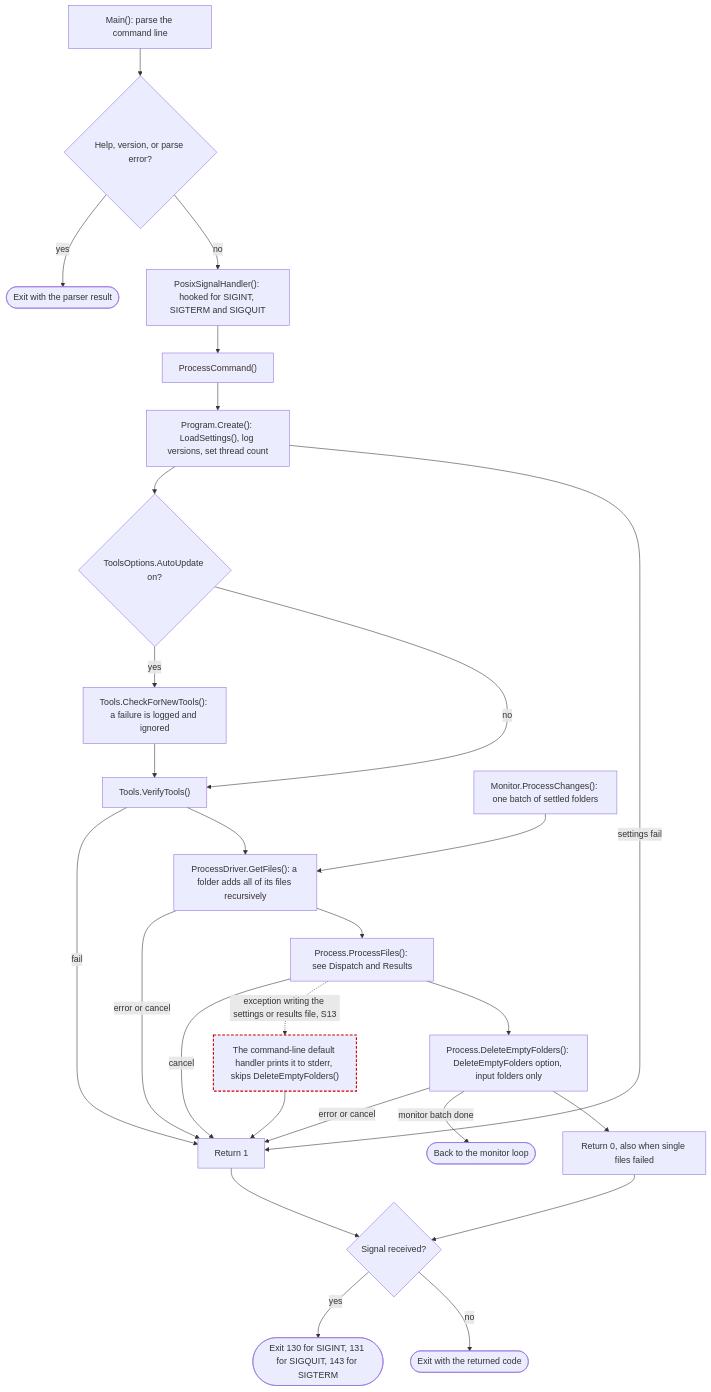
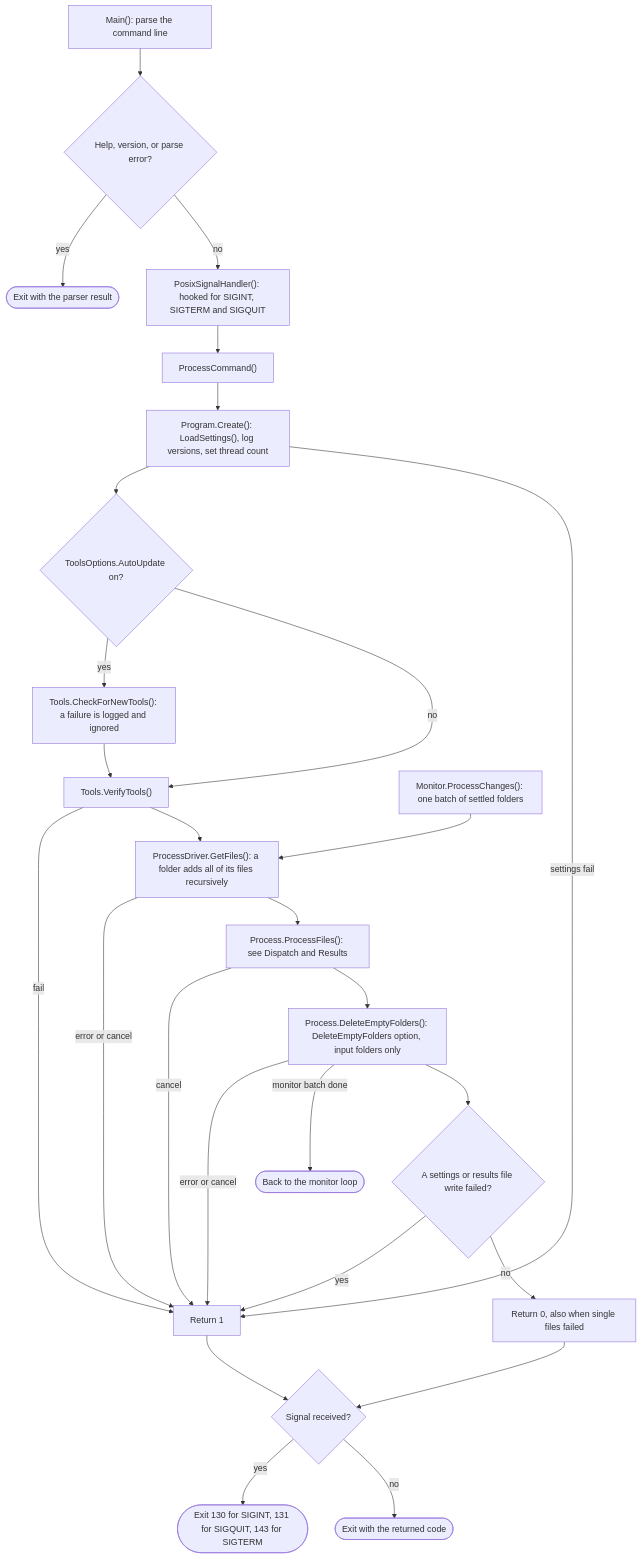
One commit to ptr727/PlexCleaner changed the first of 19 diagrams in ARCHITECTURE.md. Above: the diagram before and after it, drawn with Mermaid. The commit also changed other lines of this file, not shown here.

First line of the commit message:
Redraw Fixed Branches and Split Wide Charts in ARCHITECTURE.md

````diff
--- a/ARCHITECTURE.md
+++ b/ARCHITECTURE.md
@@ -227,30 +227,29 @@
 ```mermaid
 flowchart TD
   A["Main(): parse the command line"] --> A1{"Help, version, or parse error?"}
   A1 -->|yes| AX(["Exit with the parser result"])
   A1 -->|no| A2["PosixSignalHandler(): hooked for SIGINT, SIGTERM and SIGQUIT"]
   A2 --> B["ProcessCommand()"]
   B --> C["Program.Create(): LoadSettings(), log versions, set thread count"]
   C --> C1{"ToolsOptions.AutoUpdate on?"}
   C1 -->|yes| C2["Tools.CheckForNewTools(): a failure is logged and ignored"]
   C1 -->|no| C3
   C2 --> C3["Tools.VerifyTools()"]
   C --> |settings fail| R1
   C3 -->|fail| R1["Return 1"]
   C3 --> D["ProcessDriver.GetFiles(): a folder adds all of its files recursively"]
   MON["Monitor.ProcessChanges(): one batch of settled folders"] --> D
   D -->|error or cancel| R1
   D --> F["Process.ProcessFiles(): see Dispatch and Results"]
   F -->|cancel| R1
-  F -.->|"exception writing the settings or results file, S13"| CRASH["The command-line default handler prints it to stderr, skips DeleteEmptyFolders()"]:::suspect
-  CRASH --> R1
   F --> G["Process.DeleteEmptyFolders(): DeleteEmptyFolders option, input folders only"]
   G -->|error or cancel| R1
   G -->|"monitor batch done"| MON2(["Back to the monitor loop"])
-  G --> R0["Return 0, also when single files failed"]
+  G --> W{"A settings or results file write failed?"}
+  W -->|yes| R1
+  W -->|no| R0["Return 0, also when single files failed"]
   R0 --> S{"Signal received?"}
   R1 --> S
   S -->|yes| ES(["Exit 130 for SIGINT, 131 for SIGQUIT, 143 for SIGTERM"])
   S -->|no| EN(["Exit with the returned code"])
-  classDef suspect stroke:#c00,stroke-width:2px,stroke-dasharray:5 3
 ```
````
